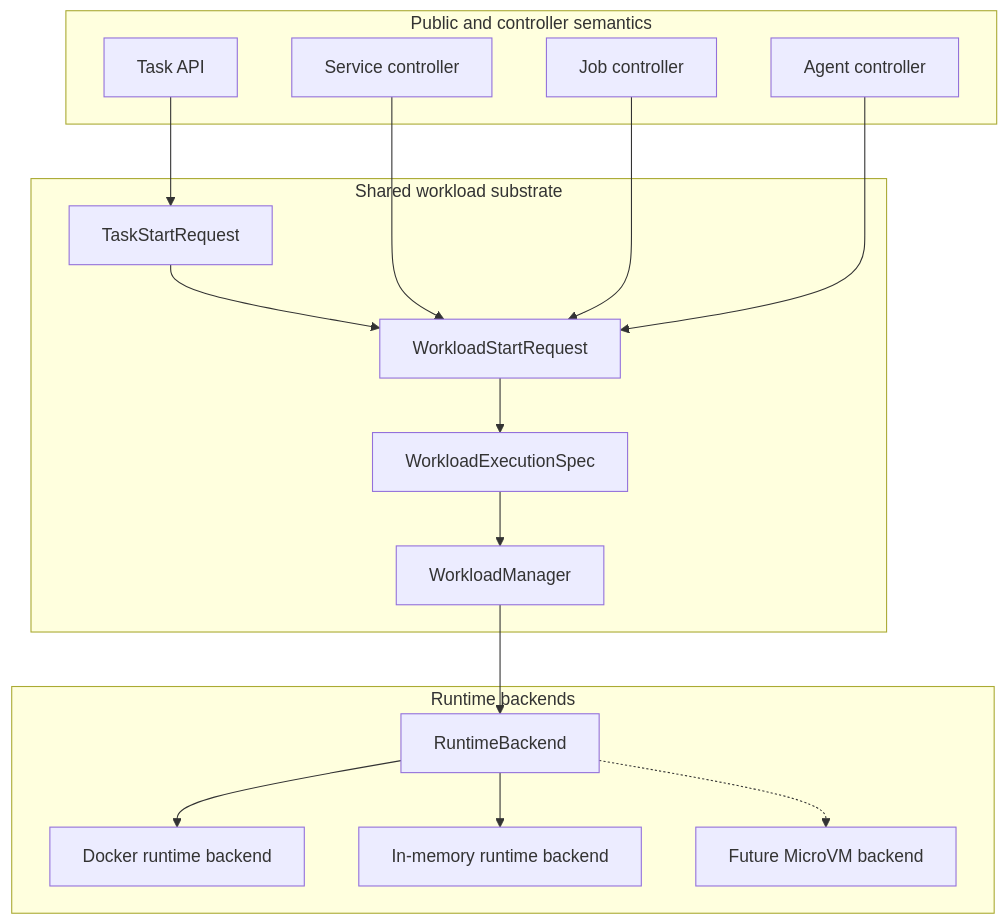
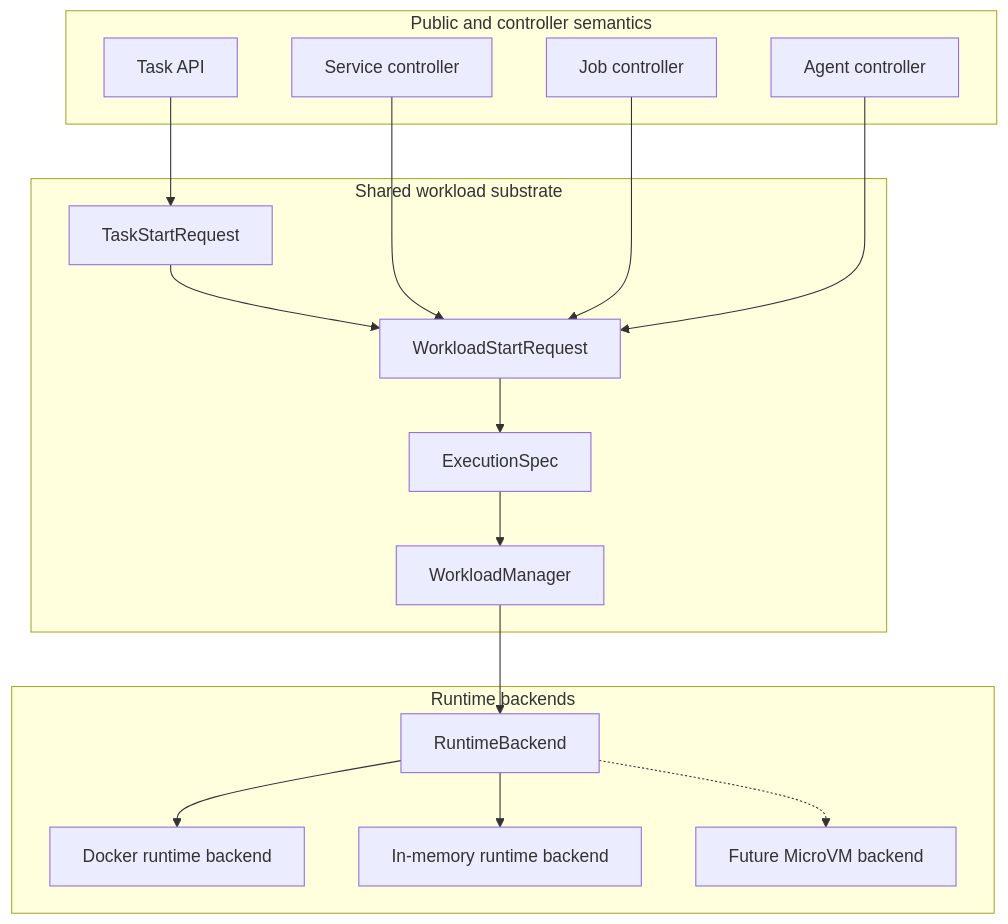
Before and after one commit to MantissaLabs/mantissa: the first of 3 diagrams in docs/workloads-and-runtimes.md, drawn with Mermaid. The commit also changed other lines of this file and 22 other files, not shown here.

First line of the commit message:
workload: rename shared execution types

````diff
--- a/docs/workloads-and-runtimes.md
+++ b/docs/workloads-and-runtimes.md
@@ -37,35 +37,35 @@
 ```mermaid
 flowchart TB
     subgraph Semantics["Public and controller semantics"]
         Task["Task API"]
         Service["Service controller"]
         Job["Job controller"]
         Agent["Agent controller"]
     end
 
     subgraph Workloads["Shared workload substrate"]
         TaskStart["TaskStartRequest"]
         Start["WorkloadStartRequest"]
-        Exec["WorkloadExecutionSpec"]
+        Exec["ExecutionSpec"]
         Manager["WorkloadManager"]
     end
 
     subgraph Runtimes["Runtime backends"]
         Trait["RuntimeBackend"]
         Docker["Docker runtime backend"]
         Memory["In-memory runtime backend"]
         Future["Future MicroVM backend"]
     end
 
     Task --> TaskStart
     TaskStart --> Start
     Service --> Start
     Job --> Start
     Agent --> Start
     Start --> Exec
     Exec --> Manager
     Manager --> Trait
     Trait --> Docker
     Trait --> Memory
     Trait -.-> Future
 ```
````
